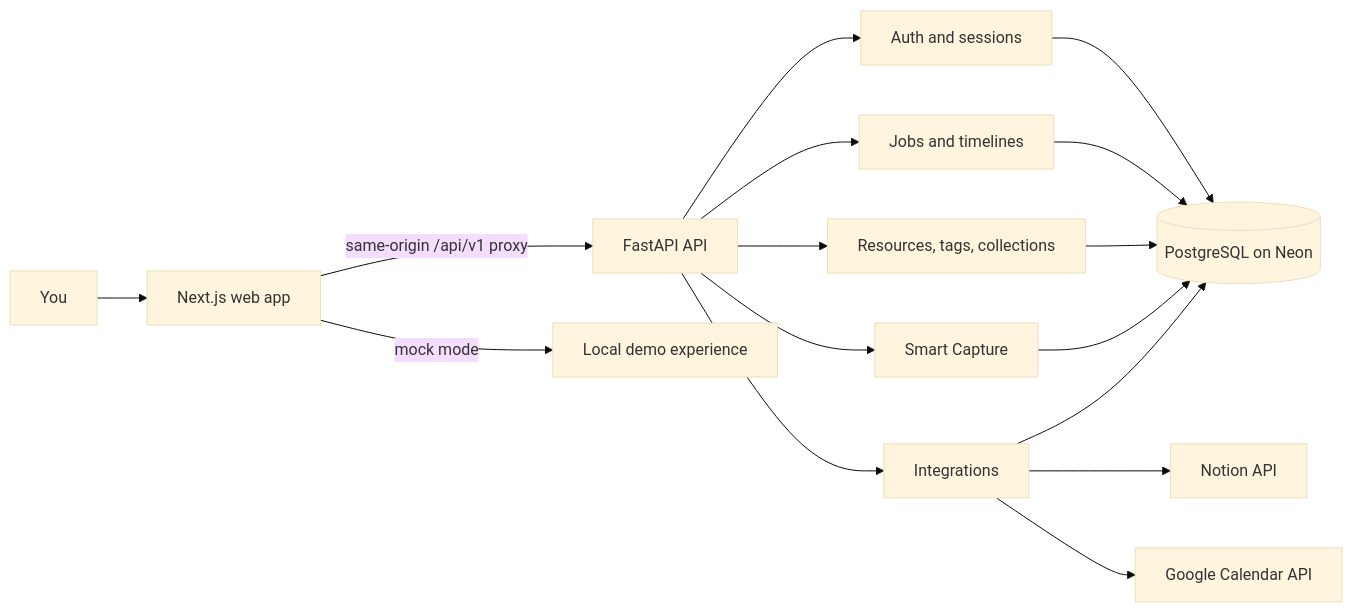
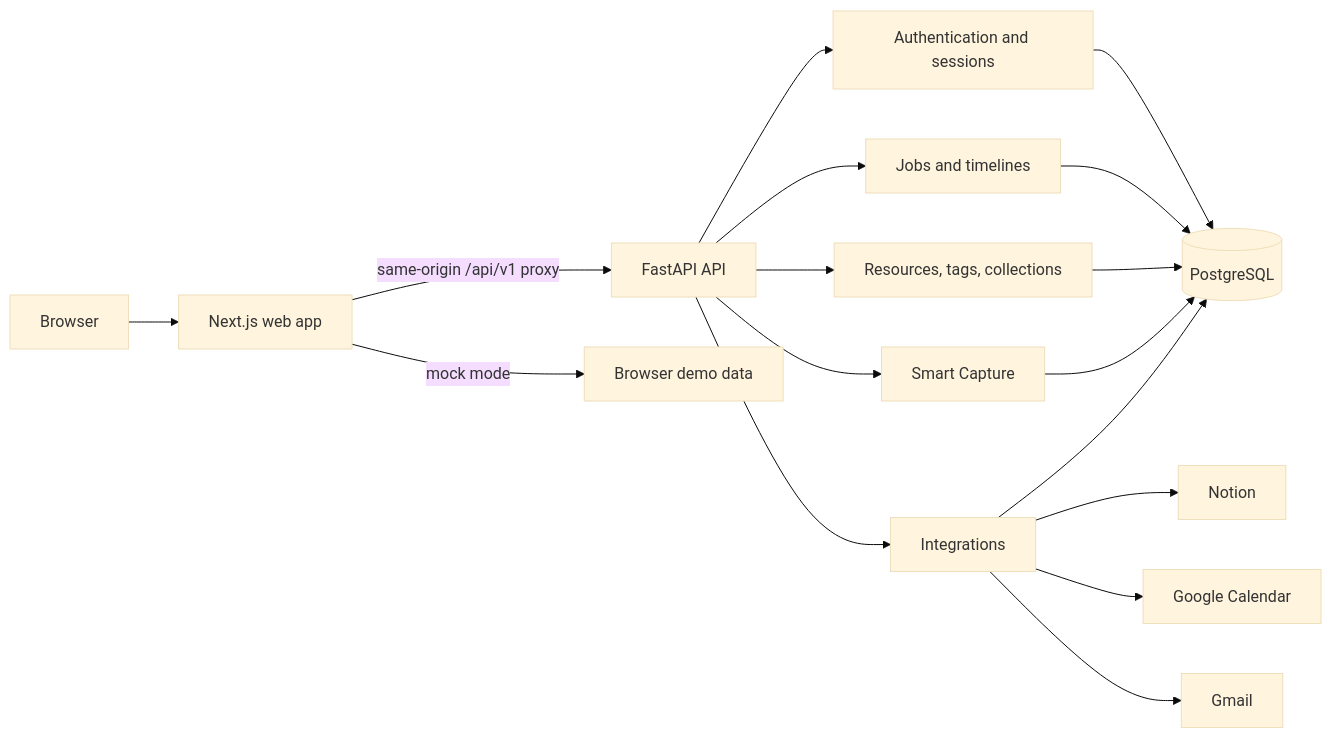
Before and after one commit to abd-RAHEEM/Nuse: the diagram in README.md, drawn with Mermaid (base theme). The commit also changed other lines of this file and 44 other files, not shown here.

````diff
--- a/README.md
+++ b/README.md
@@ -33,18 +39,19 @@
 ```mermaid
 flowchart LR
-  person[You] --> web[Next.js web app]
+  browser[Browser] --> web[Next.js web app]
   web -->|same-origin /api/v1 proxy| api[FastAPI API]
-  web -->|mock mode| demo[Local demo experience]
-  api --> auth[Auth and sessions]
+  web -->|mock mode| mock[Browser demo data]
+  api --> auth[Authentication and sessions]
   api --> jobs[Jobs and timelines]
   api --> resources[Resources, tags, collections]
   api --> capture[Smart Capture]
   api --> integrations[Integrations]
-  auth --> db[(PostgreSQL on Neon)]
+  auth --> db[(PostgreSQL)]
   jobs --> db
   resources --> db
   capture --> db
   integrations --> db
-  integrations --> notion[Notion API]
-  integrations --> calendar[Google Calendar API]
+  integrations --> notion[Notion]
+  integrations --> calendar[Google Calendar]
+  integrations --> gmail[Gmail]
 ```
````
